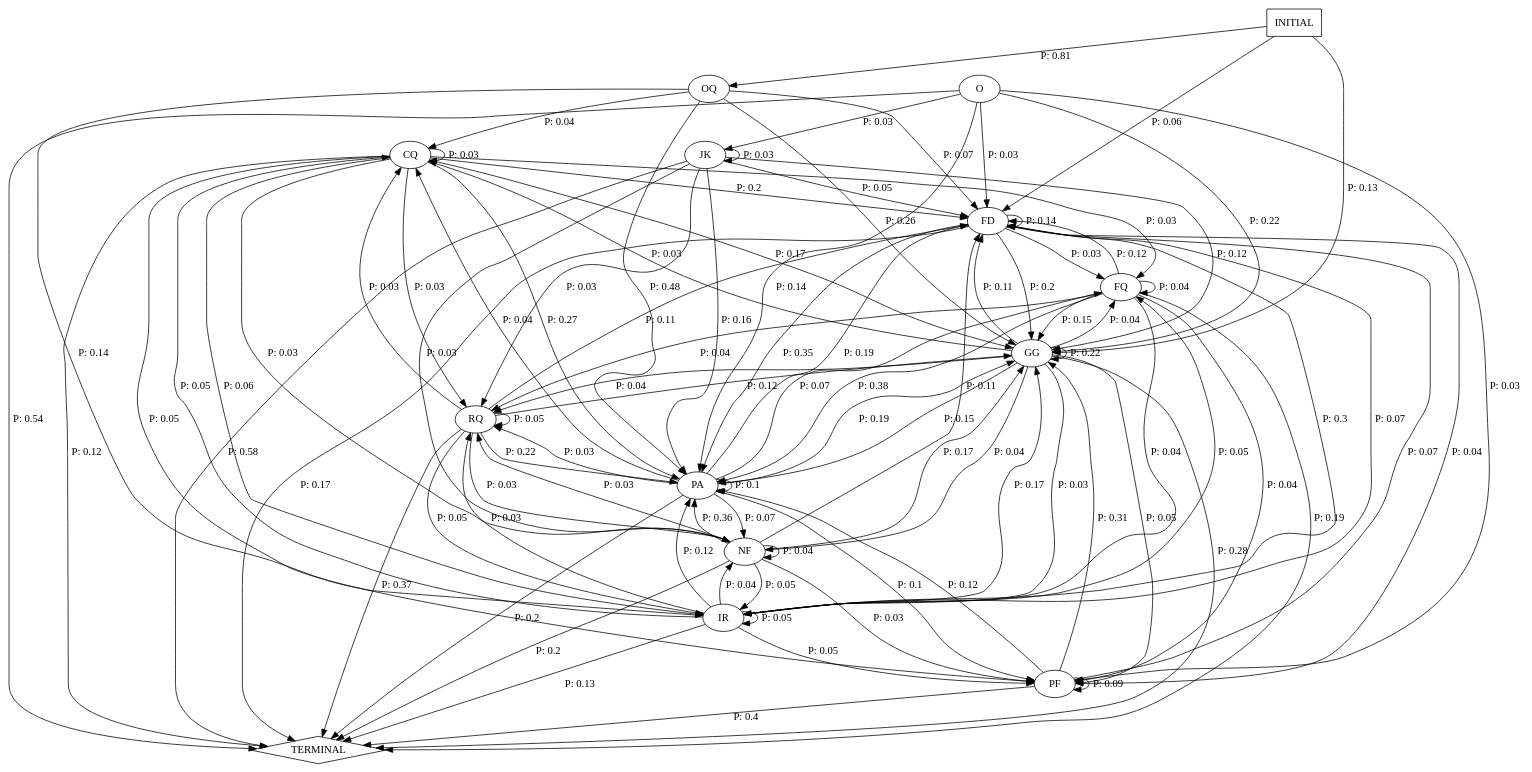
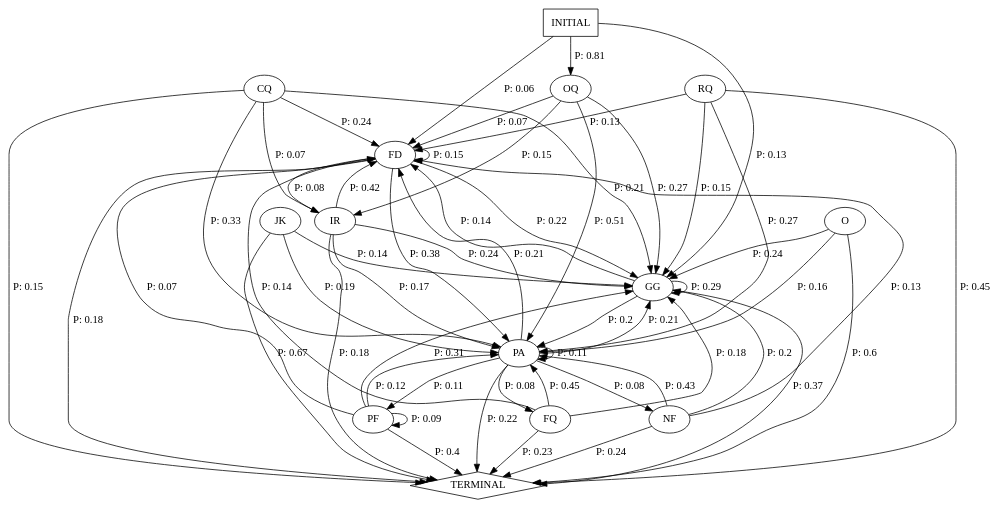
Before and after one commit to prdwb/Model-Inference: the diagram in figures and graphs/qa_all_refine.dot, drawn with Graphviz. The commit also changed 2 other files, not shown here.

```diff
--- a/figures and graphs/qa_all_refine.dot
+++ b/figures and graphs/qa_all_refine.dot
@@ -1,112 +1,71 @@
 digraph "G" {
 0 [label="CQ"];
 1 [label="FD"];
 2 [label="FQ"];
 3 [label="GG"];
 4 [label="IR"];
 5 [label="JK"];
 6 [label="NF"];
 7 [label="O"];
 8 [label="OQ"];
 9 [label="PA"];
 10 [label="PF"];
 11 [label="RQ"];
 12 [label="TERMINAL", shape=diamond];
 13 [label="INITIAL", shape=box];
-0 -> 0  [label="P: 0.03"];
-0 -> 1  [label="P: 0.2"];
-0 -> 2  [label="P: 0.03"];
-0 -> 3  [label="P: 0.17"];
-0 -> 4  [label="P: 0.06"];
-0 -> 6  [label="P: 0.03"];
-0 -> 9  [label="P: 0.27"];
-0 -> 10  [label="P: 0.05"];
-0 -> 11  [label="P: 0.03"];
-0 -> 12  [label="P: 0.12"];
-1 -> 1  [label="P: 0.14"];
-1 -> 2  [label="P: 0.03"];
-1 -> 3  [label="P: 0.2"];
-1 -> 4  [label="P: 0.07"];
-1 -> 9  [label="P: 0.35"];
-1 -> 10  [label="P: 0.04"];
-1 -> 12  [label="P: 0.17"];
-2 -> 1  [label="P: 0.12"];
-2 -> 2  [label="P: 0.04"];
-2 -> 3  [label="P: 0.15"];
-2 -> 4  [label="P: 0.04"];
-2 -> 9  [label="P: 0.38"];
-2 -> 10  [label="P: 0.04"];
-2 -> 11  [label="P: 0.04"];
-2 -> 12  [label="P: 0.19"];
-3 -> 0  [label="P: 0.03"];
-3 -> 1  [label="P: 0.11"];
-3 -> 2  [label="P: 0.04"];
-3 -> 3  [label="P: 0.22"];
-3 -> 4  [label="P: 0.03"];
-3 -> 6  [label="P: 0.04"];
-3 -> 9  [label="P: 0.15"];
-3 -> 10  [label="P: 0.05"];
-3 -> 11  [label="P: 0.04"];
-3 -> 12  [label="P: 0.28"];
-4 -> 0  [label="P: 0.05"];
-4 -> 1  [label="P: 0.3"];
-4 -> 2  [label="P: 0.05"];
-4 -> 3  [label="P: 0.17"];
-4 -> 4  [label="P: 0.05"];
-4 -> 6  [label="P: 0.04"];
-4 -> 9  [label="P: 0.12"];
-4 -> 10  [label="P: 0.05"];
-4 -> 11  [label="P: 0.03"];
-4 -> 12  [label="P: 0.13"];
-5 -> 1  [label="P: 0.05"];
-5 -> 3  [label="P: 0.12"];
-5 -> 5  [label="P: 0.03"];
-5 -> 6  [label="P: 0.03"];
-5 -> 9  [label="P: 0.16"];
-5 -> 11  [label="P: 0.03"];
-5 -> 12  [label="P: 0.58"];
-6 -> 1  [label="P: 0.11"];
-6 -> 3  [label="P: 0.17"];
-6 -> 4  [label="P: 0.05"];
-6 -> 6  [label="P: 0.04"];
-6 -> 9  [label="P: 0.36"];
-6 -> 10  [label="P: 0.03"];
-6 -> 11  [label="P: 0.03"];
-6 -> 12  [label="P: 0.2"];
-7 -> 1  [label="P: 0.03"];
-7 -> 3  [label="P: 0.22"];
-7 -> 5  [label="P: 0.03"];
-7 -> 9  [label="P: 0.14"];
-7 -> 10  [label="P: 0.03"];
-7 -> 12  [label="P: 0.54"];
-8 -> 0  [label="P: 0.04"];
+0 -> 1  [label="P: 0.24"];
+0 -> 3  [label="P: 0.21"];
+0 -> 4  [label="P: 0.07"];
+0 -> 9  [label="P: 0.33"];
+0 -> 12  [label="P: 0.15"];
+1 -> 1  [label="P: 0.15"];
+1 -> 3  [label="P: 0.22"];
+1 -> 4  [label="P: 0.08"];
+1 -> 9  [label="P: 0.38"];
+1 -> 12  [label="P: 0.18"];
+2 -> 1  [label="P: 0.14"];
+2 -> 3  [label="P: 0.18"];
+2 -> 9  [label="P: 0.45"];
+2 -> 12  [label="P: 0.23"];
+3 -> 1  [label="P: 0.14"];
+3 -> 3  [label="P: 0.29"];
+3 -> 9  [label="P: 0.2"];
+3 -> 12  [label="P: 0.37"];
+4 -> 1  [label="P: 0.42"];
+4 -> 3  [label="P: 0.24"];
+4 -> 9  [label="P: 0.17"];
+4 -> 12  [label="P: 0.18"];
+5 -> 3  [label="P: 0.14"];
+5 -> 9  [label="P: 0.19"];
+5 -> 12  [label="P: 0.67"];
+6 -> 1  [label="P: 0.13"];
+6 -> 3  [label="P: 0.2"];
+6 -> 9  [label="P: 0.43"];
+6 -> 12  [label="P: 0.24"];
+7 -> 3  [label="P: 0.24"];
+7 -> 9  [label="P: 0.16"];
+7 -> 12  [label="P: 0.6"];
 8 -> 1  [label="P: 0.07"];
-8 -> 3  [label="P: 0.26"];
-8 -> 4  [label="P: 0.14"];
-8 -> 9  [label="P: 0.48"];
-9 -> 0  [label="P: 0.04"];
-9 -> 1  [label="P: 0.19"];
-9 -> 2  [label="P: 0.07"];
-9 -> 3  [label="P: 0.19"];
-9 -> 6  [label="P: 0.07"];
-9 -> 9  [label="P: 0.1"];
-9 -> 10  [label="P: 0.1"];
-9 -> 11  [label="P: 0.03"];
-9 -> 12  [label="P: 0.2"];
+8 -> 3  [label="P: 0.27"];
+8 -> 4  [label="P: 0.15"];
+8 -> 9  [label="P: 0.51"];
+9 -> 1  [label="P: 0.21"];
+9 -> 2  [label="P: 0.08"];
+9 -> 3  [label="P: 0.21"];
+9 -> 6  [label="P: 0.08"];
+9 -> 9  [label="P: 0.11"];
+9 -> 10  [label="P: 0.11"];
+9 -> 12  [label="P: 0.22"];
 10 -> 1  [label="P: 0.07"];
 10 -> 3  [label="P: 0.31"];
 10 -> 9  [label="P: 0.12"];
 10 -> 10  [label="P: 0.09"];
 10 -> 12  [label="P: 0.4"];
-11 -> 0  [label="P: 0.03"];
-11 -> 1  [label="P: 0.11"];
-11 -> 3  [label="P: 0.12"];
-11 -> 4  [label="P: 0.05"];
-11 -> 6  [label="P: 0.03"];
-11 -> 9  [label="P: 0.22"];
-11 -> 11  [label="P: 0.05"];
-11 -> 12  [label="P: 0.37"];
+11 -> 1  [label="P: 0.13"];
+11 -> 3  [label="P: 0.15"];
+11 -> 9  [label="P: 0.27"];
+11 -> 12  [label="P: 0.45"];
 13 -> 1  [label="P: 0.06"];
 13 -> 3  [label="P: 0.13"];
 13 -> 8  [label="P: 0.81"];
 }
```
